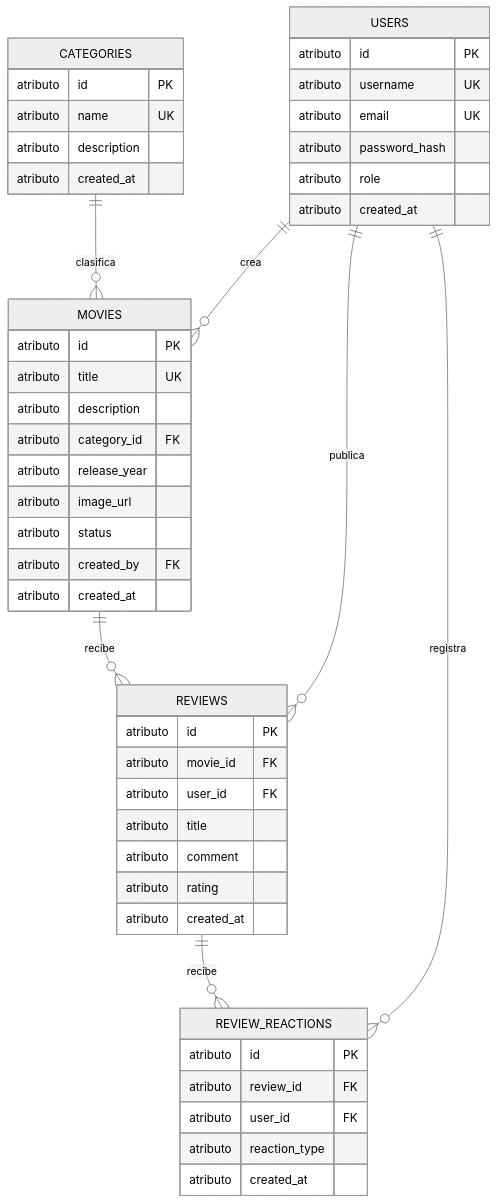
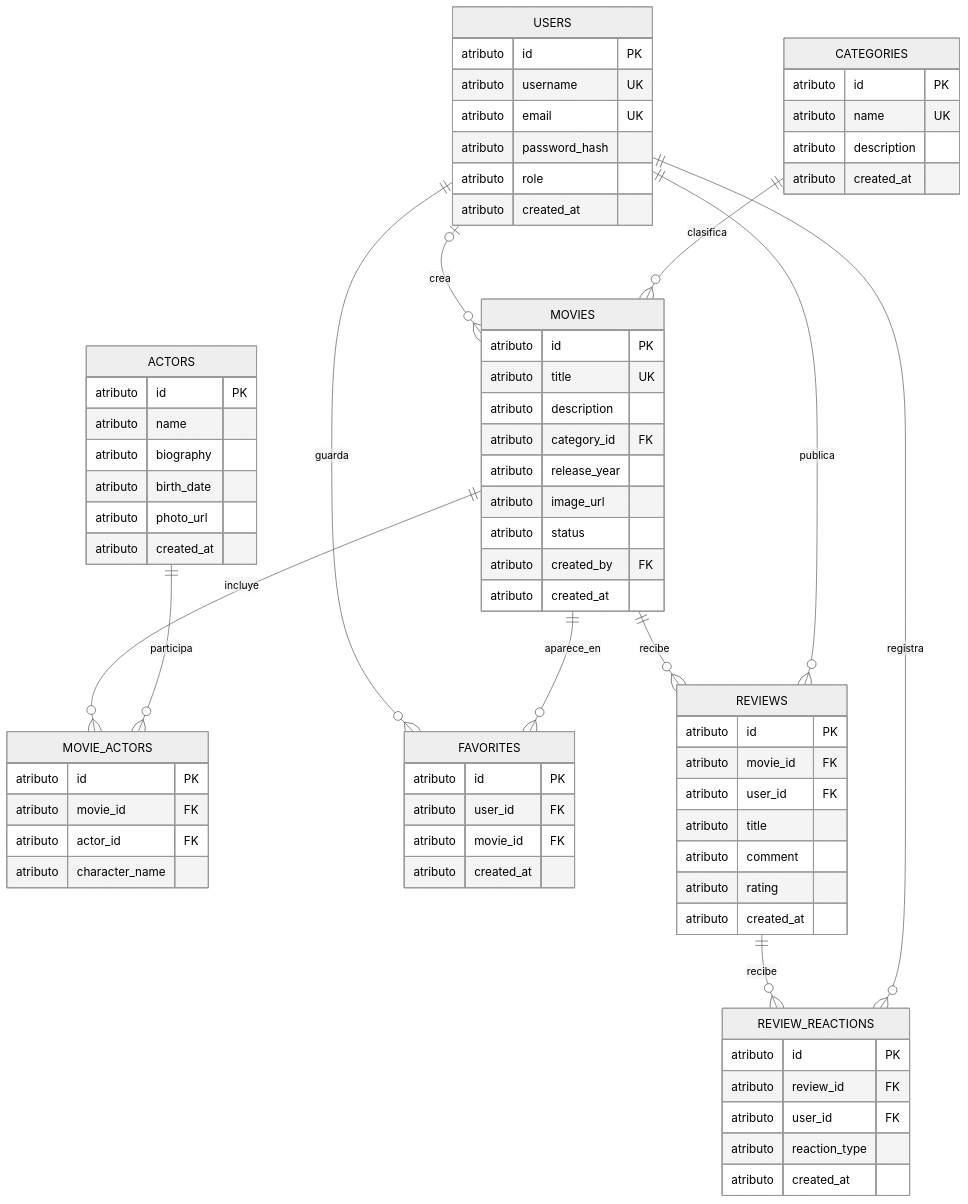
One commit to Anderson-Oloroso/karenflix-backend changed the diagram in database/README.md. Above: the diagram before and after it, drawn with Mermaid (neutral theme). The commit also changed other lines of this file, not shown here.

Commit message:
docs(database): Update database documentation with new features

````diff
--- a/database/README.md
+++ b/database/README.md
@@ -28,55 +26,82 @@
 ```mermaid
 erDiagram
     USERS {
         atributo id PK
         atributo username UK
         atributo email UK
         atributo password_hash
         atributo role
         atributo created_at
     }
 
     MOVIES {
         atributo id PK
         atributo title UK
         atributo description
         atributo category_id FK
         atributo release_year
         atributo image_url
         atributo status
         atributo created_by FK
         atributo created_at
     }
 
     CATEGORIES {
         atributo id PK
         atributo name UK
         atributo description
         atributo created_at
     }
 
+    ACTORS {
+        atributo id PK
+        atributo name
+        atributo biography
+        atributo birth_date
+        atributo photo_url
+        atributo created_at
+    }
+
+    MOVIE_ACTORS {
+        atributo id PK
+        atributo movie_id FK
+        atributo actor_id FK
+        atributo character_name
+    }
+
+    FAVORITES {
+        atributo id PK
+        atributo user_id FK
+        atributo movie_id FK
+        atributo created_at
+    }
+
     REVIEWS {
         atributo id PK
         atributo movie_id FK
         atributo user_id FK
         atributo title
         atributo comment
         atributo rating
         atributo created_at
     }
 
     REVIEW_REACTIONS {
         atributo id PK
         atributo review_id FK
         atributo user_id FK
         atributo reaction_type
         atributo created_at
     }
 
-    USERS ||--o{ MOVIES : crea
+    USERS o|--o{ MOVIES : crea
     CATEGORIES ||--o{ MOVIES : clasifica
+    MOVIES ||--o{ MOVIE_ACTORS : incluye
+    ACTORS ||--o{ MOVIE_ACTORS : participa
+    USERS ||--o{ FAVORITES : guarda
+    MOVIES ||--o{ FAVORITES : aparece_en
     MOVIES ||--o{ REVIEWS : recibe
     USERS ||--o{ REVIEWS : publica
     REVIEWS ||--o{ REVIEW_REACTIONS : recibe
     USERS ||--o{ REVIEW_REACTIONS : registra
 ```
````
